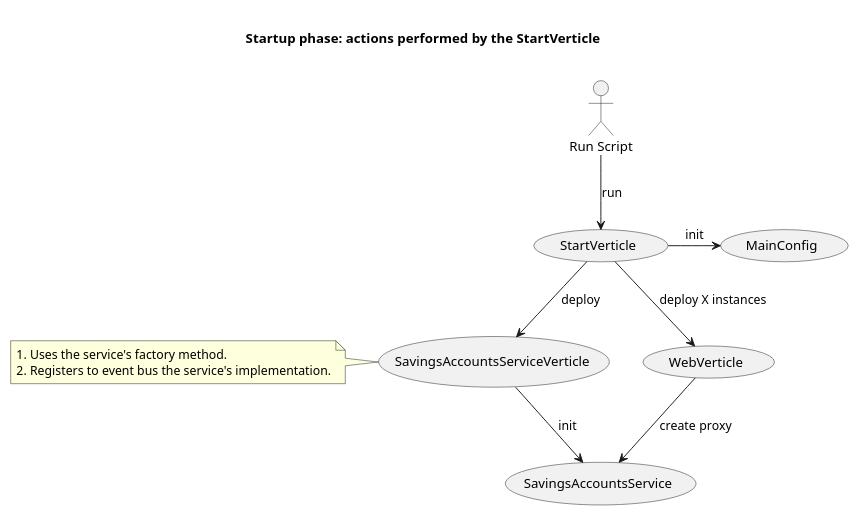
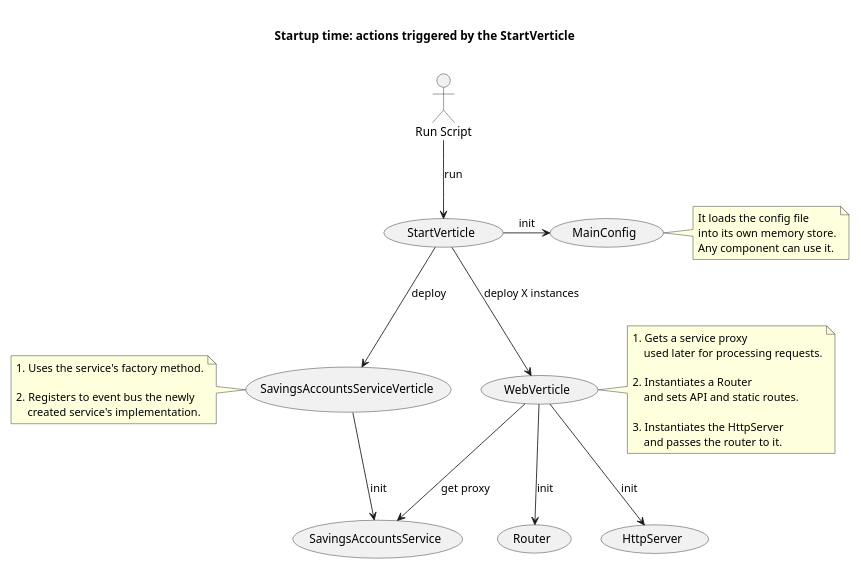
One commit to devisions/savINGs changed the diagram in savings-vx/doc/bootstrap.puml. Above: the diagram before and after it, drawn with PlantUML.

Commit message:
bootstrap diag additions

```diff
--- a/savings-vx/doc/bootstrap.puml
+++ b/savings-vx/doc/bootstrap.puml
@@ -1,33 +1,59 @@
 @startuml
 
 scale 800 width
 
 title
 
-   Startup phase: actions performed by the StartVerticle
+   Startup time: actions triggered by the StartVerticle
 
 endtitle
 
 
 :Run Script: as r
 (StartVerticle) as sv
 (MainConfig) as mc
 (SavingsAccountsServiceVerticle) as sasv
 (SavingsAccountsService) as sas
 (WebVerticle) as wv
+(Router) as rtr
+(HttpServer) as hs
+
+note as mc_actions
+  It loads the config file
+  into its own memory store.
+  Any component can use it.
+end note
 
 note as sasv_actions
   1. Uses the service's factory method.
-  2. Registers to event bus the service's implementation.
+
+  2. Registers to event bus the newly
+      created service's implementation.
+end note
+
+note as wv_actions
+  1. Gets a service proxy
+      used later for processing requests.
+
+  2. Instantiates a Router
+      and sets API and static routes.
+
+  3. Instantiates the HttpServer
+      and passes the router to it.
 end note
 
 r --> sv: run
 sv -> mc: init
+mc -right-> mc_actions
 sv --> sasv: deploy
 sv --> wv: deploy X instances
 sasv --> sas: init
 sasv -left-> sasv_actions
 
-wv --> sas: create proxy
+wv --> sas: get proxy
+wv --> rtr:  init
+wv --> hs: init
+
+wv -right-> wv_actions
 
 @enduml
```
